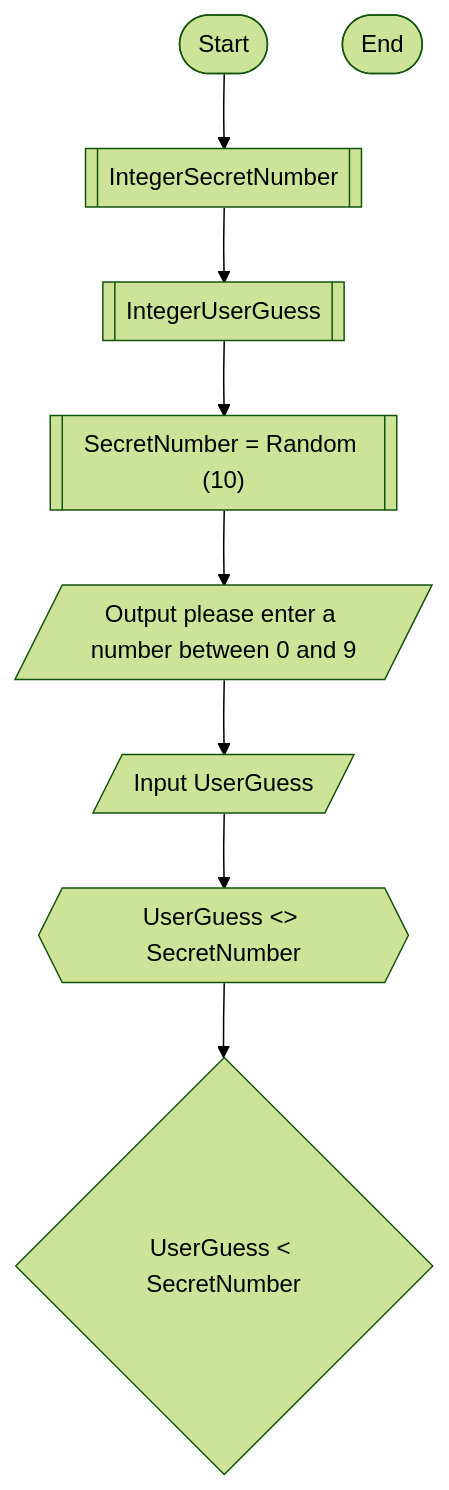
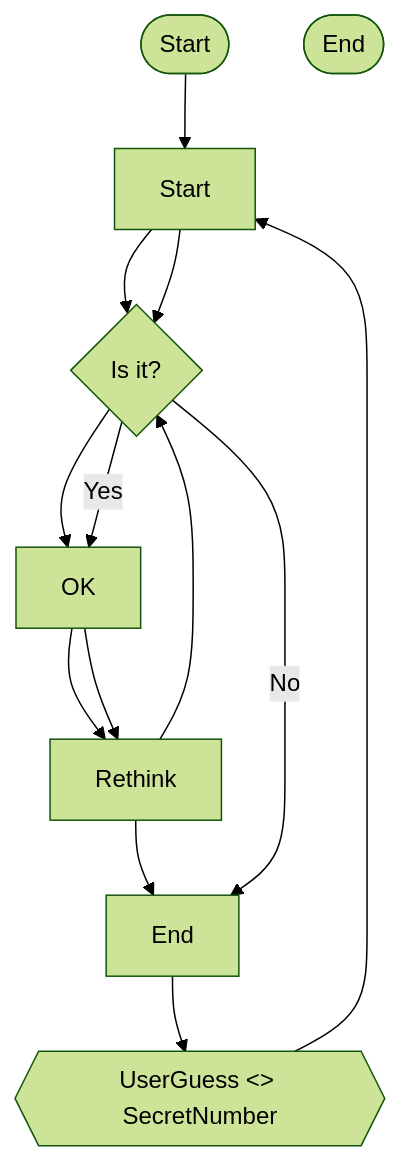
Before and after one commit to njedwards1872/njedwards1872.github.io: the diagram in Guessing.md, drawn with Mermaid (forest theme).

````diff
--- a/Guessing.md
+++ b/Guessing.md
@@ -1,18 +1,24 @@
 ```mermaid
 flowchart TD
  Start([Start]) --> 
     A@{ shape: subproc, label: "IntegerSecretNumber" } -->
     B@{ shape: subproc, label: "IntegerUserGuess" } -->
     C@{ shape: subproc, label: "SecretNumber = Random (10)" } --> 
     D@{ shape: lean-r, label: "Output please enter a number between 0 and 9" } -->
     E@{ shape: lean-r, label: "Input UserGuess" } -->
-    F@{ shape: hex, label: "UserGuess <> SecretNumber" } -->
-    G@{ shape: diamond, label: "UserGuess < SecretNumber" }
+    F@{ shape: hex, label: "UserGuess <> SecretNumber" } --> 
+    A[Start] --> B{Is it?}
+    B -->|Yes| C[OK]
+    C --> D[Rethink]
+    D --> B
+    B ---->|No| E[End]
+
+    
 
 
 
 
 
 
  End([End])
 ```
````
